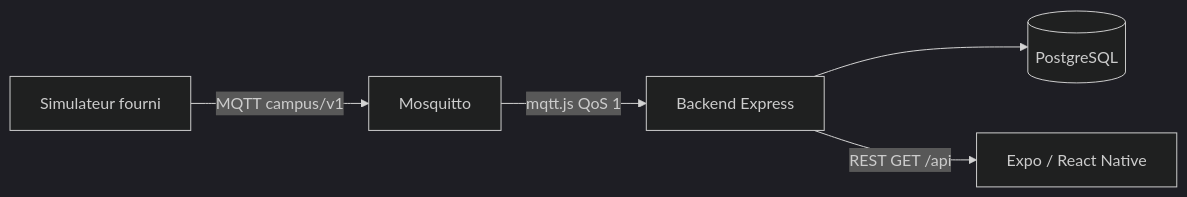
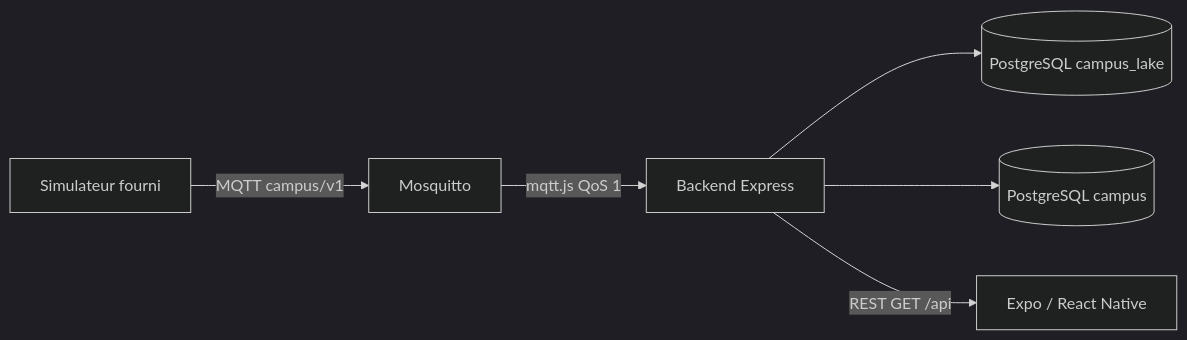
One commit to EliotGIRAUD/campus-connecte changed the diagram in docs/architecture.md. Above: the diagram before and after it, drawn with Mermaid (dark theme). The commit also changed other lines of this file and 17 other files, not shown here.

First line of the commit message:
Ajouter un data lake PostgreSQL séparé de la base API.

````diff
--- a/docs/architecture.md
+++ b/docs/architecture.md
@@ -5,7 +5,8 @@
 ```mermaid
 flowchart LR
     S["Simulateur fourni"] -->|"MQTT campus/v1"| M["Mosquitto"]
     M -->|"mqtt.js QoS 1"| B["Backend Express"]
-    B --> PG[("PostgreSQL")]
+    B --> LAKE[("PostgreSQL campus_lake")]
+    B --> PG[("PostgreSQL campus")]
     B -->|"REST GET /api"| A["Expo / React Native"]
 ```
````
